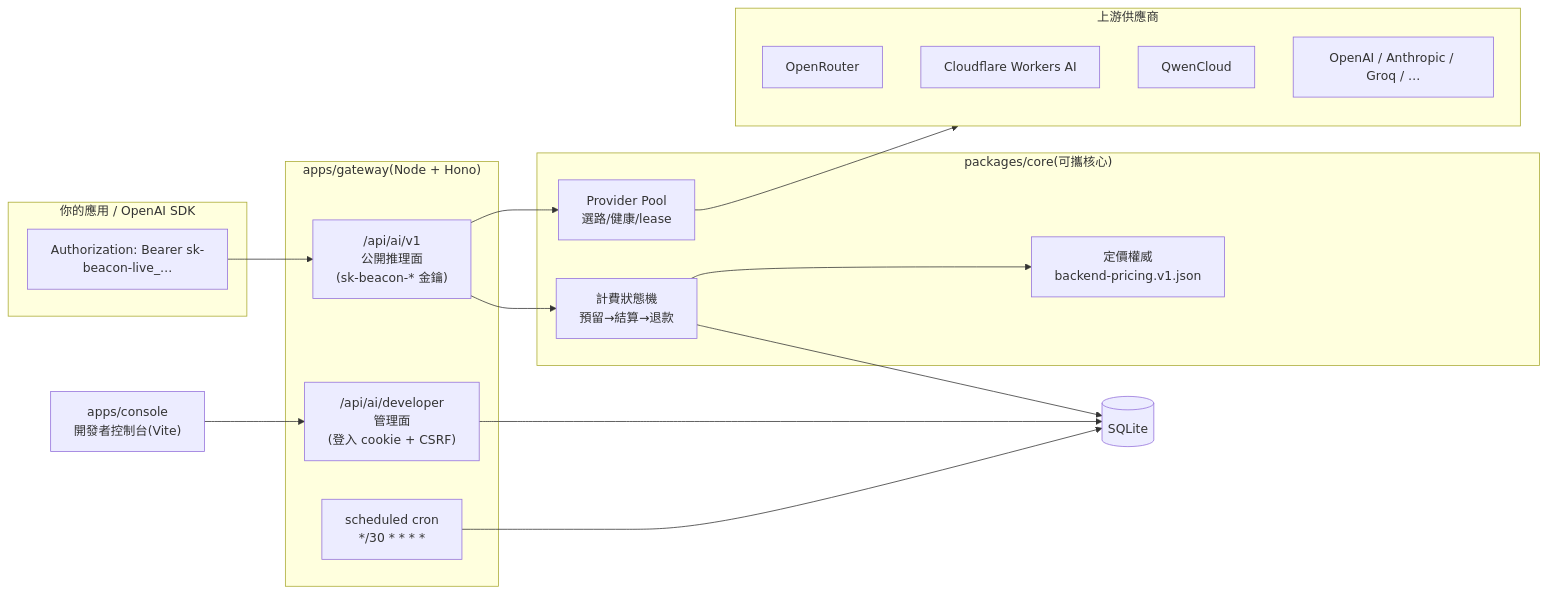
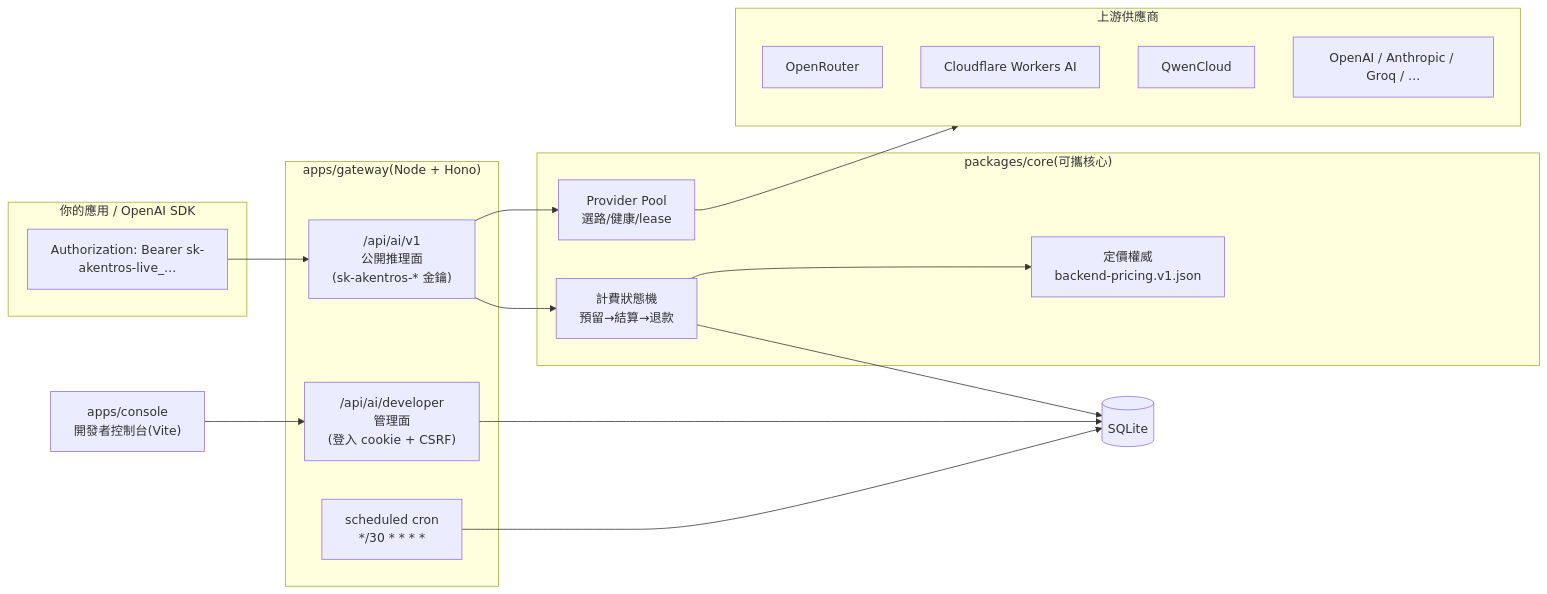
One commit to PrimordialSpirit-SANS/akentros changed the diagram in README.md. Above: the diagram before and after it, drawn with Mermaid. The commit also changed other lines of this file and 138 other files, not shown here.

Commit message:
Rebrand Beacon to Akentros across console, gateway, core, and docs

````diff
--- a/README.md
+++ b/README.md
@@ -38,30 +38,30 @@
 ```mermaid
 flowchart LR
     subgraph client["你的應用 / OpenAI SDK"]
-        A["Authorization: Bearer sk-beacon-live_…"]
+        A["Authorization: Bearer sk-akentros-live_…"]
     end
     subgraph worker["apps/gateway(Node + Hono)"]
-        P["/api/ai/v1\n公開推理面\n(sk-beacon-* 金鑰)"]
+        P["/api/ai/v1\n公開推理面\n(sk-akentros-* 金鑰)"]
         D["/api/ai/developer\n管理面\n(登入 cookie + CSRF)"]
         S["scheduled cron\n*/30 * * * *"]
     end
     subgraph core["packages/core(可攜核心)"]
         B["計費狀態機\n預留→結算→退款"]
         R["Provider Pool\n選路/健康/lease"]
         PR["定價權威\nbackend-pricing.v1.json"]
     end
     DB[("SQLite")]
     subgraph providers["上游供應商"]
         P1["OpenRouter"]
         P2["Cloudflare Workers AI"]
         P3["QwenCloud"]
         P4["OpenAI / Anthropic / Groq / …"]
     end
     C["apps/console\n開發者控制台(Vite)"] --> D
     A --> P
     P --> B --> DB
     P --> R --> providers
     B --> PR
     D --> DB
     S --> DB
 ```
````
